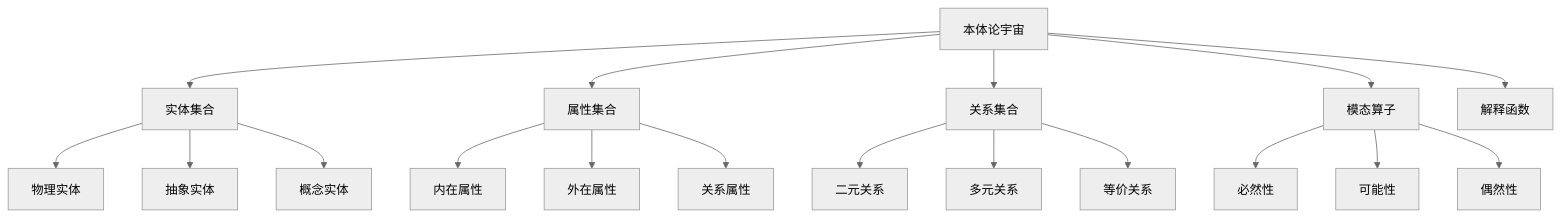
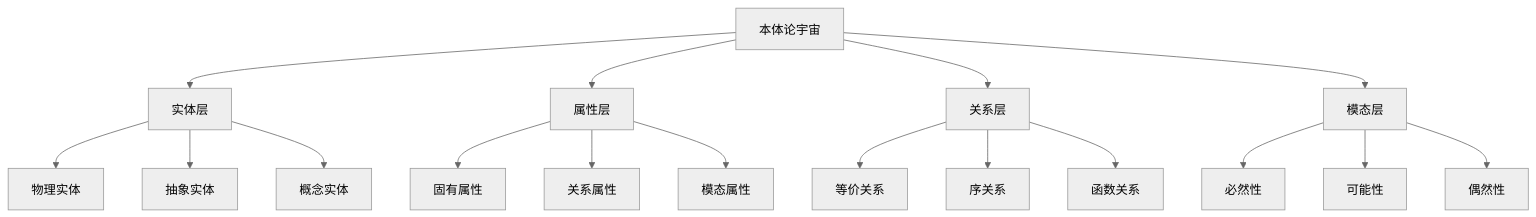
One commit to AdaMartin18010/formal-architecture changed the diagram in Analysis/01-哲学基础理论/01-本体论基础.md. Above: the diagram before and after it, drawn with Mermaid (neutral theme). The commit also changed other lines of this file and 3 other files, not shown here.

````diff
--- a/Analysis/01-哲学基础理论/01-本体论基础.md
+++ b/Analysis/01-哲学基础理论/01-本体论基础.md
@@ -40,24 +33,23 @@
 ```mermaid
 graph TB
-    A[本体论宇宙] --> B[实体集合]
-    A --> C[属性集合]
-    A --> D[关系集合]
-    A --> E[模态算子]
-    A --> F[解释函数]
+    A[本体论宇宙] --> B[实体层]
+    A --> C[属性层]
+    A --> D[关系层]
+    A --> E[模态层]
     
     B --> B1[物理实体]
     B --> B2[抽象实体]
     B --> B3[概念实体]
     
-    C --> C1[内在属性]
-    C --> C2[外在属性]
-    C --> C3[关系属性]
+    C --> C1[固有属性]
+    C --> C2[关系属性]
+    C --> C3[模态属性]
     
-    D --> D1[二元关系]
-    D --> D2[多元关系]
-    D --> D3[等价关系]
+    D --> D1[等价关系]
+    D --> D2[序关系]
+    D --> D3[函数关系]
     
     E --> E1[必然性]
     E --> E2[可能性]
     E --> E3[偶然性]
 ```
````
